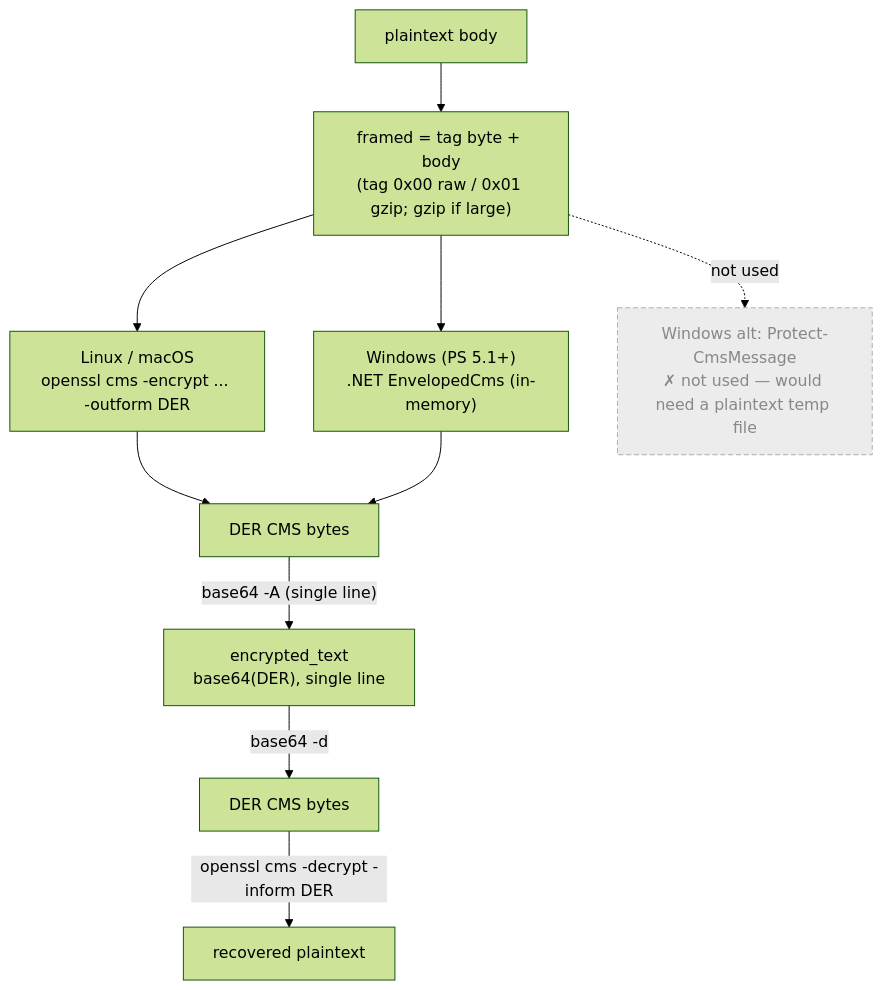
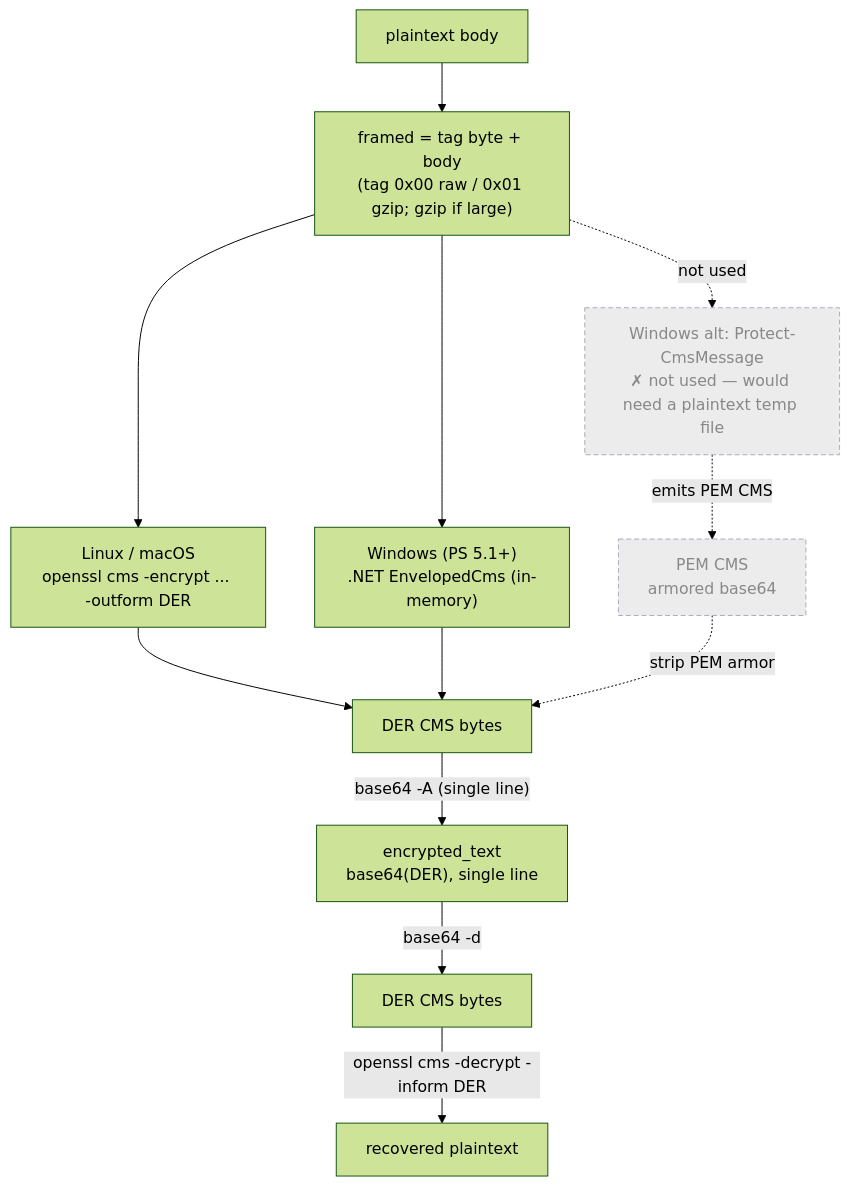
Before and after one commit to hainet50b/agent-observability-lab: the third of 3 diagrams in sealing/README.md, drawn with Mermaid (forest theme).

Commit message:
sealing: show the unused Protect-CmsMessage -> PEM -> DER path in README §4
Extend the §4 diagram's grayed-out alternative: Protect-CmsMessage emits
PEM CMS, which stripped of its armor becomes the same DER CMS bytes as the
EnvelopedCms route. Drawn dashed and labelled not-used, so it is clear the
alternative converges on the same DER without being the path we take.

````diff
--- a/sealing/README.md
+++ b/sealing/README.md
@@ -93,18 +93,21 @@
 ```mermaid
 flowchart TD
   body["plaintext body"]
   body --> framed["framed = tag byte + body<br/>(tag 0x00 raw / 0x01 gzip; gzip if large)"]
   framed --> snix["Linux / macOS<br/>openssl cms -encrypt ... -outform DER"]
   framed --> swin["Windows (PS 5.1+)<br/>.NET EnvelopedCms (in-memory)"]
   snix --> der["DER CMS bytes"]
   swin --> der
   der -->|"base64 -A (single line)"| field["encrypted_text<br/>base64(DER), single line"]
   field -->|"base64 -d"| der2["DER CMS bytes"]
   der2 -->|"openssl cms -decrypt -inform DER"| plain["recovered plaintext"]
 
   swinX["Windows alt: Protect-CmsMessage<br/>✗ not used — would need a plaintext temp file"]
+  pemAlt["PEM CMS<br/>armored base64"]
   framed -.->|"not used"| swinX
+  swinX -.->|"emits PEM CMS"| pemAlt
+  pemAlt -.->|"strip PEM armor"| der
 
   classDef unused fill:#ececec,stroke:#aab,stroke-dasharray:5 3,color:#888;
-  class swinX unused
+  class swinX,pemAlt unused
 ```
````
